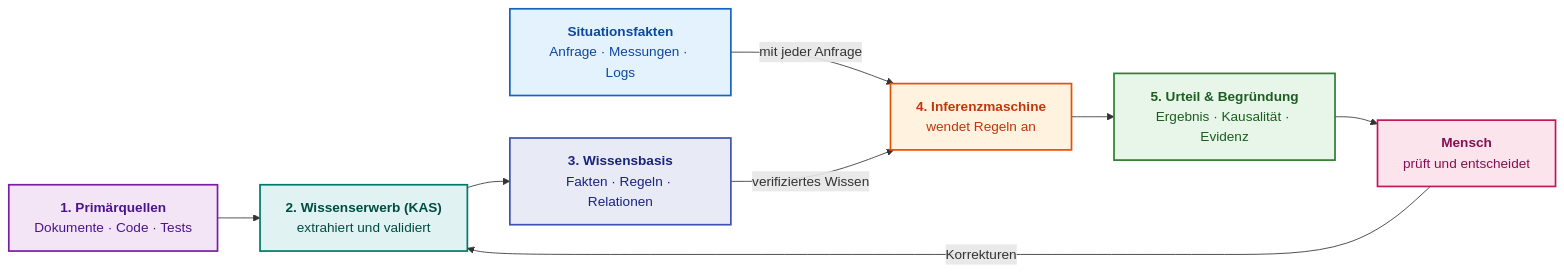
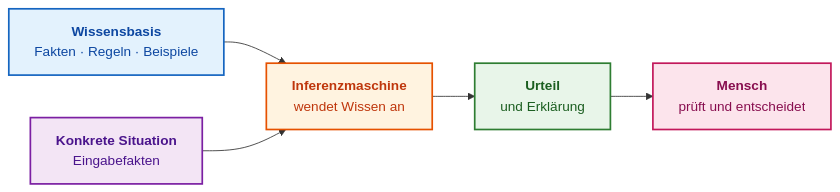
Before and after one commit to nick-fedchik/articles: the fourth of 4 diagrams in ExpertSystem/translations/de/ch01-introduction-to-expert-systems.md, drawn with Mermaid. The commit also changed other lines of this file and 2 other files, not shown here.

Commit message:
feat(ch01): restructure introductory chapter, add classical founders dialogue, colorize anatomy diagram, and format header (UA/EN/DE)

````diff
--- a/ExpertSystem/translations/de/ch01-introduction-to-expert-systems.md
+++ b/ExpertSystem/translations/de/ch01-introduction-to-expert-systems.md
@@ -579,29 +195,22 @@
 ```mermaid
 flowchart LR
-    accTitle: Minimale Architektur eines Expertensystems
-    accDescr: Dokumente und Testergebnisse durchlaufen das Wissenserwerbssystem zur Wissensbasis. Situationsfakten treffen mit der Anfrage ein. Die Inferenzmaschine fusioniert verifiziertes Wissen mit Situationsfakten und erzeugt ein erklärtes Urteil für den Menschen; menschliche Korrekturen fließen zurück in das Wissenserwerbssystem.
+    accTitle: Einfachster Aufbau eines Expertensystems
+    accDescr: Die Wissensbasis übergibt Regeln an die Inferenzmaschine, welche Situationsfakten verarbeitet und ein begründetes Urteil für den Menschen bereitstellt.
 
-    SRC["<b>1. Primärquellen</b><br/>Dokumente · Code · Tests"] --> KAS["<b>2. Wissenserwerb (KAS)</b><br/>extrahiert und validiert"]
-    KAS --> KB["<b>3. Wissensbasis</b><br/>Fakten · Regeln · Relationen"]
-    CASE["<b>Situationsfakten</b><br/>Anfrage · Messungen · Logs"] -->|"mit jeder Anfrage"| IE["<b>4. Inferenzmaschine</b><br/>wendet Regeln an"]
-    KB -->|"verifiziertes Wissen"| IE
-    IE --> OUT["<b>5. Urteil & Begründung</b><br/>Ergebnis · Kausalität · Evidenz"]
-    OUT --> HUM["<b>Mensch</b><br/>prüft und entscheidet"]
-    HUM -->|"Korrekturen"| KAS
+    K["<b>Wissensbasis</b><br/>Fakten · Regeln · Beispiele"] --> I["<b>Inferenzmaschine</b><br/>wendet Wissen an"]
+    C["<b>Konkrete Situation</b><br/>Eingabefakten"] --> I
+    I --> R["<b>Urteil</b><br/>und Erklärung"]
+    R --> H["<b>Mensch</b><br/>prüft und entscheidet"]
 
-    classDef src fill:#f3e5f5,stroke:#7b1fa2,stroke-width:2px,color:#4a148c;
-    classDef fact fill:#e3f2fd,stroke:#1565c0,stroke-width:2px,color:#0d47a1;
-    classDef kas fill:#e0f2f1,stroke:#00796b,stroke-width:2px,color:#004d40;
-    classDef kb fill:#e8eaf6,stroke:#3f51b5,stroke-width:2px,color:#1a237e;
-    classDef ie fill:#fff3e0,stroke:#e65100,stroke-width:2px,color:#bf360c;
-    classDef out fill:#e8f5e9,stroke:#2e7d32,stroke-width:2px,color:#1b5e20;
+    classDef kb fill:#e3f2fd,stroke:#1565c0,stroke-width:2px,color:#0d47a1;
+    classDef engine fill:#fff3e0,stroke:#e65100,stroke-width:2px,color:#bf360c;
+    classDef ctx fill:#f3e5f5,stroke:#7b1fa2,stroke-width:2px,color:#4a148c;
+    classDef res fill:#e8f5e9,stroke:#2e7d32,stroke-width:2px,color:#1b5e20;
     classDef hum fill:#fce4ec,stroke:#c2185b,stroke-width:2px,color:#880e4f;
 
-    class SRC src;
-    class CASE fact;
-    class KAS kas;
-    class KB kb;
-    class IE ie;
-    class OUT out;
-    class HUM hum;
+    class K kb;
+    class I engine;
+    class C ctx;
+    class R res;
+    class H hum;
 ```
````
